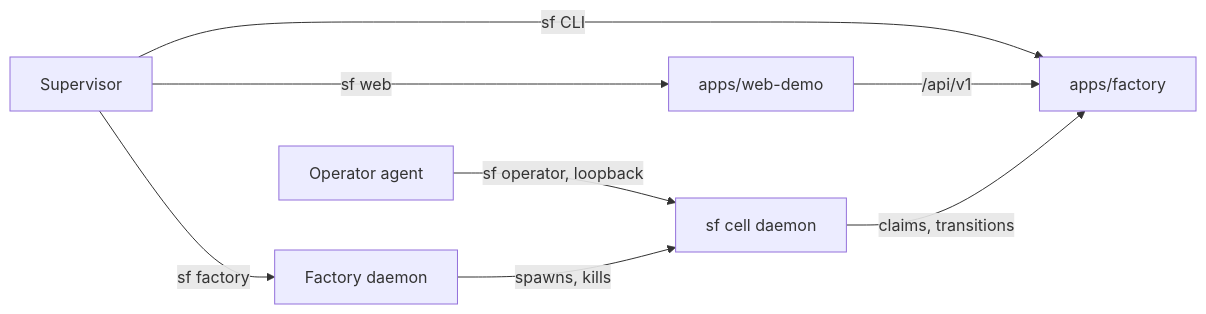
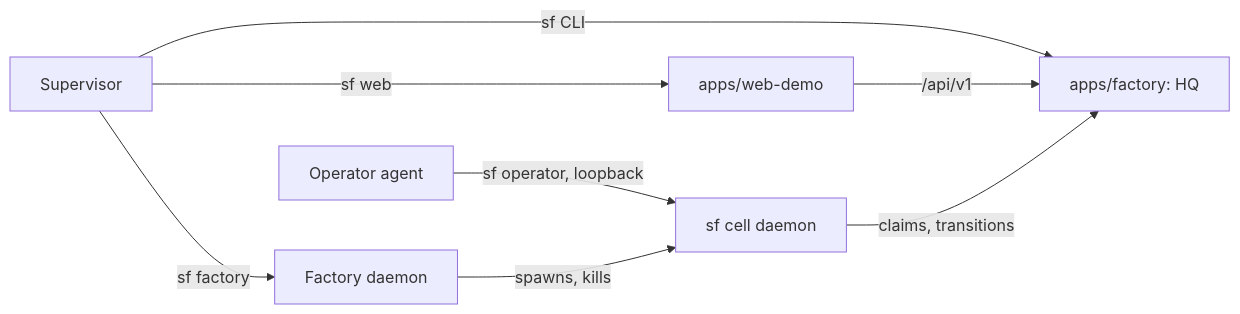
One commit to xyashino/software-factory changed the diagram in docs/architecture.md. Above: the diagram before and after it, drawn with Mermaid. The commit also changed other lines of this file and 25 other files, not shown here.

````diff
--- a/docs/architecture.md
+++ b/docs/architecture.md
@@ -25,10 +25,10 @@
 ```mermaid
 flowchart LR
-  S[Supervisor] -->|sf CLI| F[apps/factory]
+  S[Supervisor] -->|sf CLI| H[apps/factory: HQ]
   S -->|sf web| W[apps/web-demo]
-  W -->|/api/v1| F
-  C[sf cell daemon] -->|claims, transitions| F
+  W -->|/api/v1| H
+  C[sf cell daemon] -->|claims, transitions| H
   A[Operator agent] -->|sf operator, loopback| C
   S -->|sf factory| FD[Factory daemon]
   FD -->|spawns, kills| C
 ```
````
